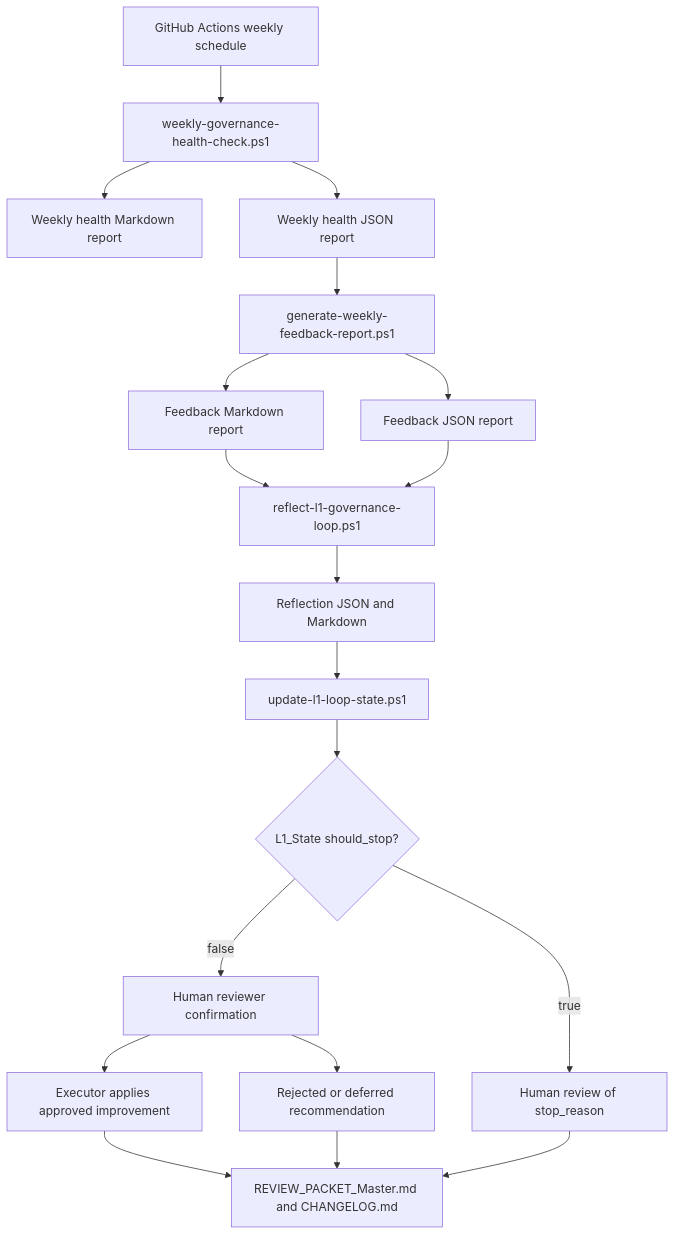
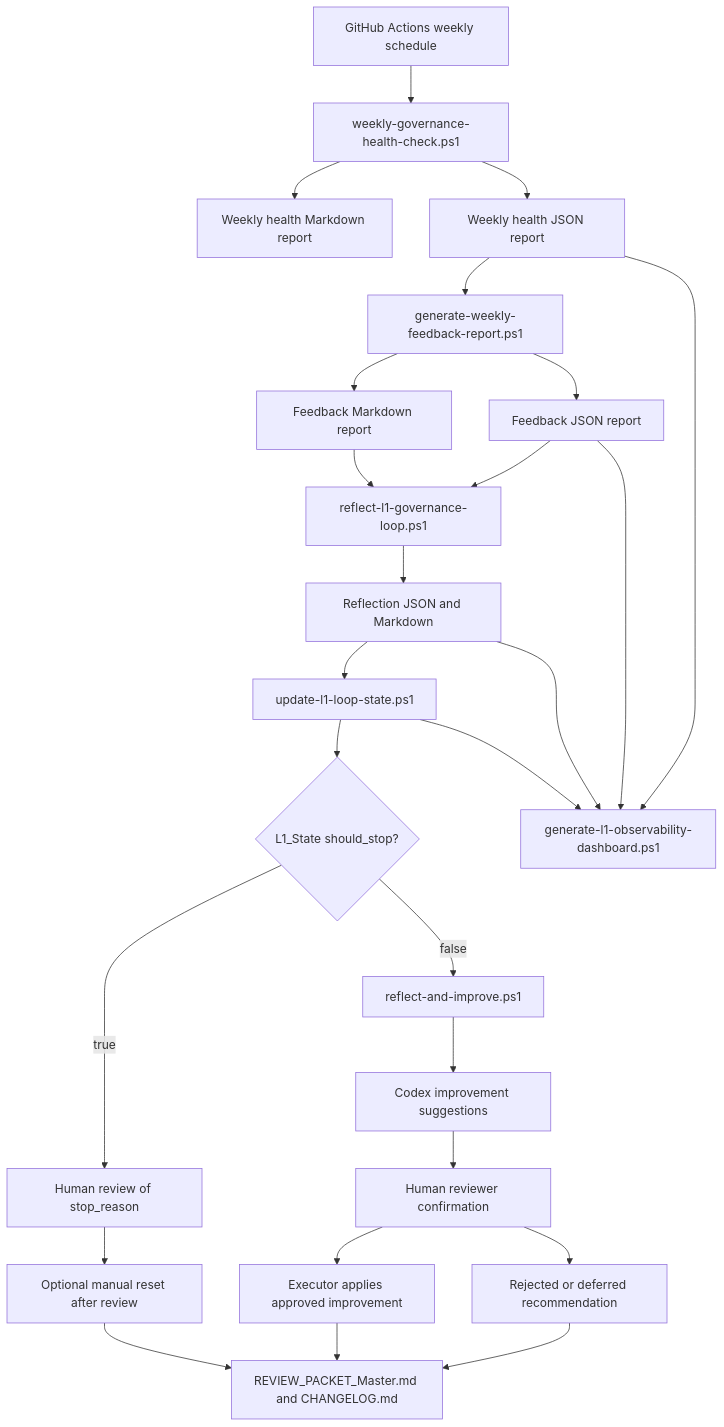
One commit to yihui315/yihui315 changed the diagram in Codex_L1_Governance/gstack_audit_package/L1_Self_Run_Self_Evolution_Architecture.md. Above: the diagram before and after it, drawn with Mermaid. The commit also changed other lines of this file and 49 other files, not shown here.

Commit message:
feat: add L1 audit observability and improve loop

````diff
--- a/Codex_L1_Governance/gstack_audit_package/L1_Self_Run_Self_Evolution_Architecture.md
+++ b/Codex_L1_Governance/gstack_audit_package/L1_Self_Run_Self_Evolution_Architecture.md
@@ -11,21 +11,28 @@
 ```mermaid
 flowchart TD
   A["GitHub Actions weekly schedule"] --> B["weekly-governance-health-check.ps1"]
   B --> C["Weekly health Markdown report"]
   B --> D["Weekly health JSON report"]
   D --> E["generate-weekly-feedback-report.ps1"]
   E --> F["Feedback Markdown report"]
   E --> G["Feedback JSON report"]
   F --> H["reflect-l1-governance-loop.ps1"]
   G --> H
   H --> I["Reflection JSON and Markdown"]
   I --> J["update-l1-loop-state.ps1"]
   J --> K{"L1_State should_stop?"}
   K -->|true| L["Human review of stop_reason"]
-  K -->|false| M["Human reviewer confirmation"]
-  M --> N["Executor applies approved improvement"]
-  M --> O["Rejected or deferred recommendation"]
-  N --> P["REVIEW_PACKET_Master.md and CHANGELOG.md"]
-  O --> P
-  L --> P
+  K -->|false| M["reflect-and-improve.ps1"]
+  M --> N["Codex improvement suggestions"]
+  N --> O["Human reviewer confirmation"]
+  O --> P["Executor applies approved improvement"]
+  O --> Q["Rejected or deferred recommendation"]
+  P --> R["REVIEW_PACKET_Master.md and CHANGELOG.md"]
+  Q --> R
+  L --> S["Optional manual reset after review"]
+  S --> R
+  D --> T["generate-l1-observability-dashboard.ps1"]
+  G --> T
+  I --> T
+  J --> T
 ```
````
